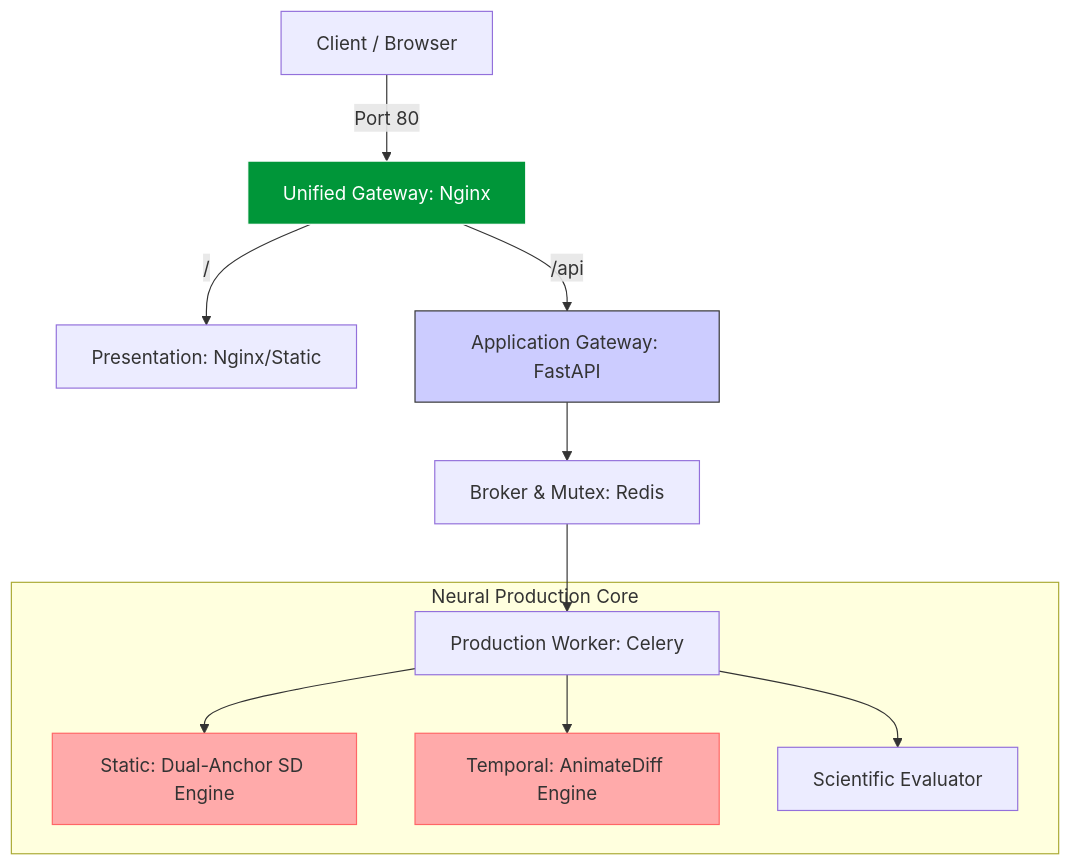
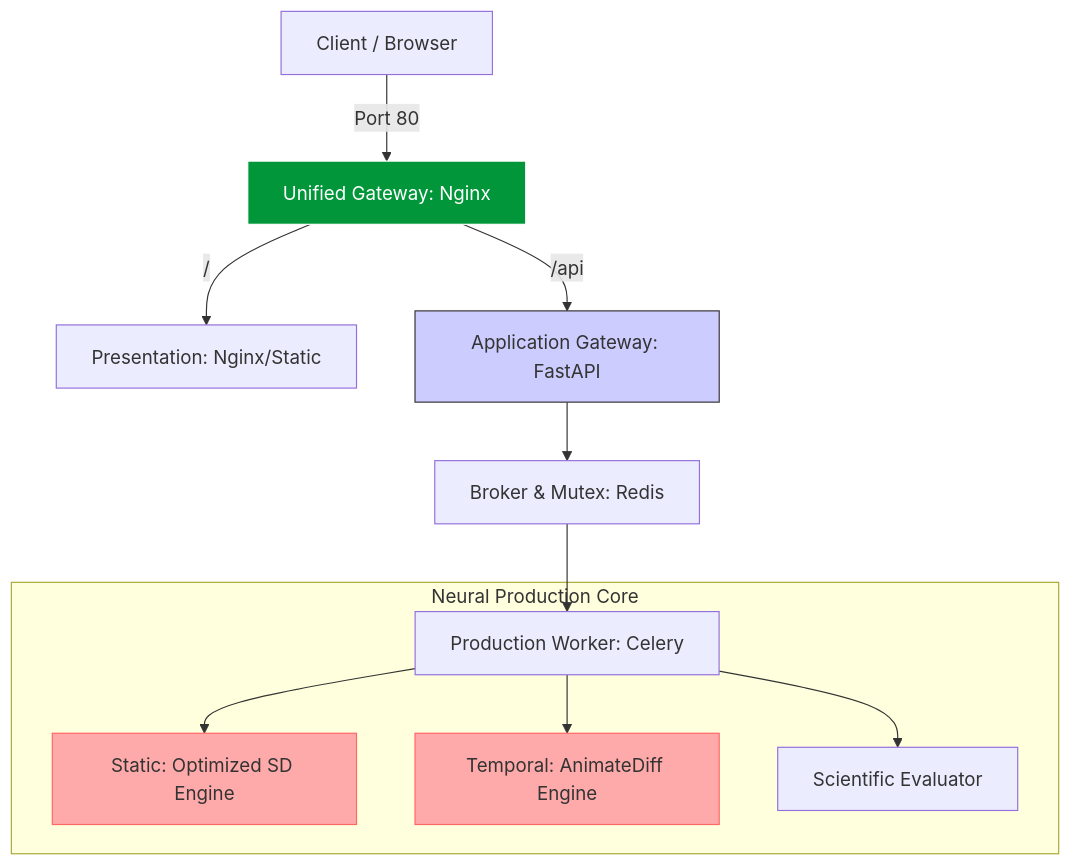
Before and after one commit to enriquegonzalezgutierrez/z_realism_ai: the first of 3 diagrams in README.md, drawn with Mermaid. The commit also changed other lines of this file and 10 other files, not shown here.

First line of the commit message:
perf: optimize neural inference for 6GB VRAM and finalize production architecture

````diff
--- a/README.md
+++ b/README.md
@@ -35,19 +33,19 @@
 ```mermaid
 graph TD
     User[Client / Browser] -- Port 80 --> Proxy[Unified Gateway: Nginx];
     Proxy -- "/" --> UI[Presentation: Nginx/Static];
     Proxy -- "/api" --> API[Application Gateway: FastAPI];
     API --> Broker[Broker & Mutex: Redis];
     Broker --> Worker[Production Worker: Celery];
 
     subgraph "Neural Production Core"
-        Worker --> GenS[Static: Dual-Anchor SD Engine]
+        Worker --> GenS[Static: Optimized SD Engine]
         Worker --> GenV[Temporal: AnimateDiff Engine]
         Worker --> Eval[Scientific Evaluator]
     end
     
     style Proxy fill:#009639,stroke:#fff,color:#fff;
     style API fill:#ccf,stroke:#333;
     style GenS fill:#faa,stroke:#f66;
     style GenV fill:#faa,stroke:#f66;
 ```
````
